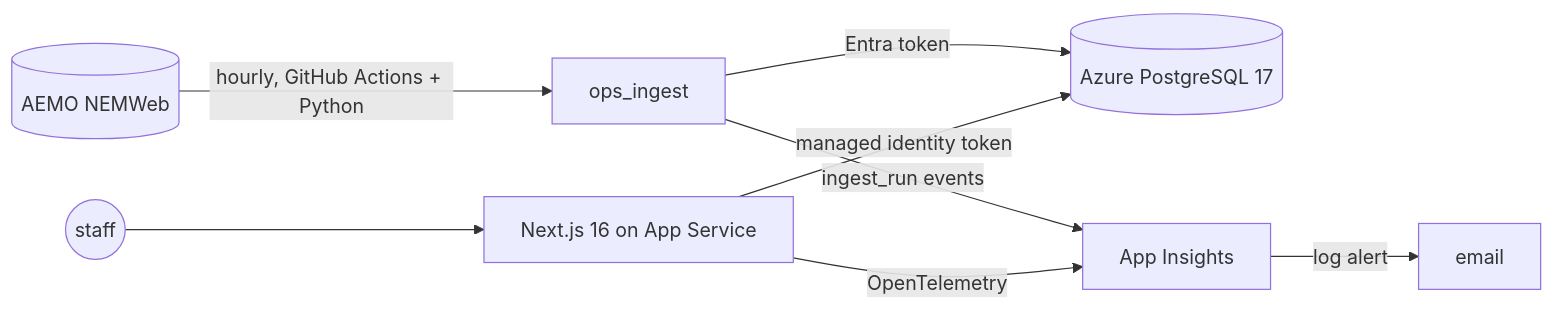
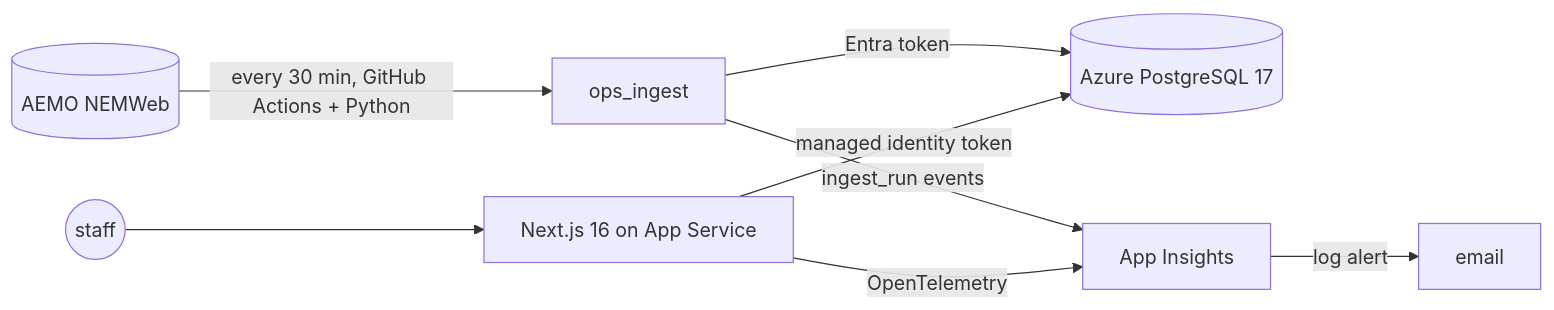
Before and after one commit to zeussilver/aemo-network-constraint-demo: the diagram in README.md, drawn with Mermaid. The commit also changed other lines of this file and 5 other files, not shown here.

First line of the commit message:
Run the NEMWeb ingest every 30 minutes and log the alert drill

````diff
--- a/README.md
+++ b/README.md
@@ -46,10 +46,10 @@
 ```mermaid
 flowchart LR
-  NEMWeb[(AEMO NEMWeb)] -->|hourly, GitHub Actions + Python| Ingest[ops_ingest]
+  NEMWeb[(AEMO NEMWeb)] -->|every 30 min, GitHub Actions + Python| Ingest[ops_ingest]
   Ingest -->|Entra token| DB[(Azure PostgreSQL 17)]
   Ingest -->|ingest_run events| AI[App Insights]
   App[Next.js 16 on App Service] -->|managed identity token| DB
   App -->|OpenTelemetry| AI
   AI -->|log alert| Mail[email]
   Staff((staff)) --> App
 ```
````
